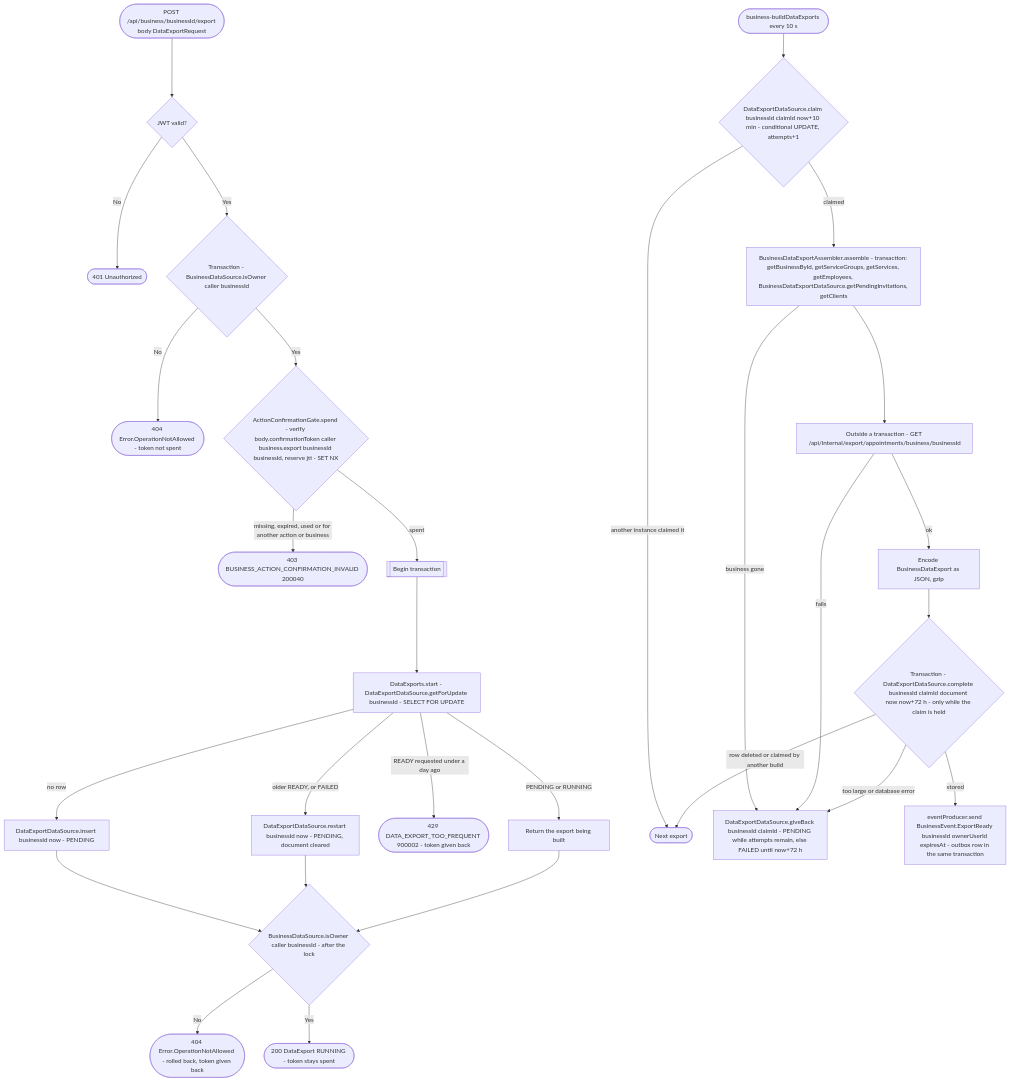
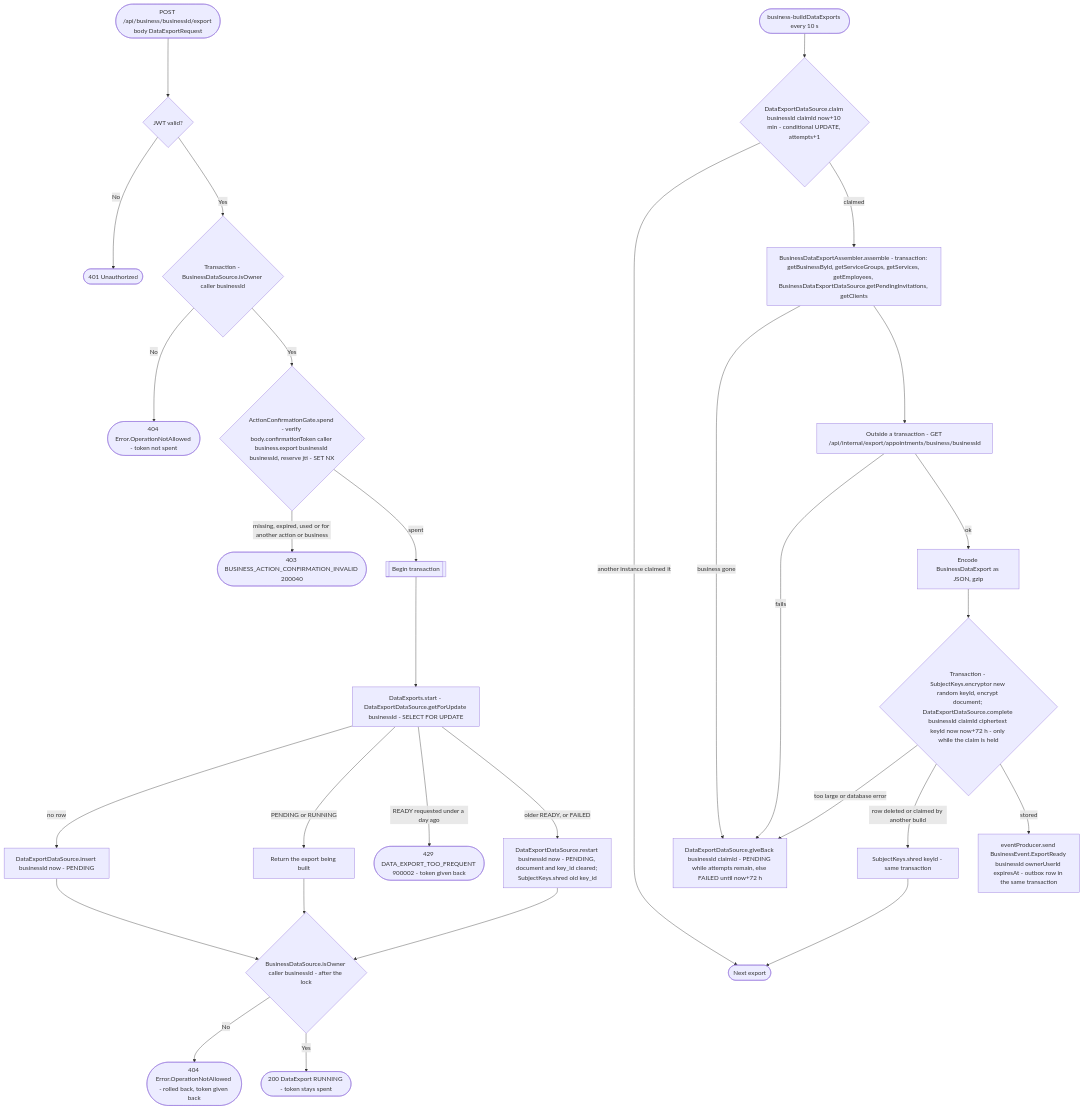
The diagram in docs/operations/business/start-business-data-export.md (nocturneproperties/bookkme), drawn with Mermaid before and after one commit. The commit also changed 72 other files, not shown here.

````diff
--- a/docs/operations/business/start-business-data-export.md
+++ b/docs/operations/business/start-business-data-export.md
@@ -33,33 +33,34 @@
 ```mermaid
 flowchart TD
     Start([POST /api/business/businessId/export body DataExportRequest]) --> Auth{JWT valid?}
     Auth -- No --> R401([401 Unauthorized])
     Auth -- Yes --> Owner{"Transaction - BusinessDataSource.isOwner caller businessId"}
     Owner -- No --> R404([404 Error.OperationNotAllowed - token not spent])
     Owner -- Yes --> ActionConfirmation{"ActionConfirmationGate.spend - verify body.confirmationToken caller business.export businessId businessId, reserve jti - SET NX"}
     ActionConfirmation -- missing, expired, used or for another action or business --> R403([403 BUSINESS_ACTION_CONFIRMATION_INVALID 200040])
     ActionConfirmation -- spent --> Tx[[Begin transaction]]
     Tx --> Lock["DataExports.start - DataExportDataSource.getForUpdate businessId - SELECT FOR UPDATE"]
     Lock -- no row --> Insert[DataExportDataSource.insert businessId now - PENDING]
     Lock -- PENDING or RUNNING --> Same[Return the export being built]
     Lock -- READY requested under a day ago --> R429([429 DATA_EXPORT_TOO_FREQUENT 900002 - token given back])
-    Lock -- older READY, or FAILED --> Restart[DataExportDataSource.restart businessId now - PENDING, document cleared]
+    Lock -- older READY, or FAILED --> Restart["DataExportDataSource.restart businessId now - PENDING, document and key_id cleared; SubjectKeys.shred old key_id"]
     Insert --> Recheck
     Restart --> Recheck
     Same --> Recheck
     Recheck{"BusinessDataSource.isOwner caller businessId - after the lock"}
     Recheck -- No --> R404b([404 Error.OperationNotAllowed - rolled back, token given back])
     Recheck -- Yes --> R200([200 DataExport RUNNING - token stays spent])
 
     Job([business-buildDataExports every 10 s]) --> Claim{"DataExportDataSource.claim businessId claimId now+10 min - conditional UPDATE, attempts+1"}
     Claim -- another instance claimed it --> Next([Next export])
     Claim -- claimed --> Own["BusinessDataExportAssembler.assemble - transaction: getBusinessById, getServiceGroups, getServices, getEmployees, BusinessDataExportDataSource.getPendingInvitations, getClients"]
     Own -- business gone --> GiveBack
     Own --> Calls["Outside a transaction - GET /api/internal/export/appointments/business/businessId"]
     Calls -- fails --> GiveBack["DataExportDataSource.giveBack businessId claimId - PENDING while attempts remain, else FAILED until now+72 h"]
     Calls -- ok --> Gzip[Encode BusinessDataExport as JSON, gzip]
-    Gzip --> Store{"Transaction - DataExportDataSource.complete businessId claimId document now now+72 h - only while the claim is held"}
+    Gzip --> Store{"Transaction - SubjectKeys.encryptor new random keyId, encrypt document; DataExportDataSource.complete businessId claimId ciphertext keyId now now+72 h - only while the claim is held"}
     Store -- too large or database error --> GiveBack
-    Store -- row deleted or claimed by another build --> Next
+    Store -- row deleted or claimed by another build --> Shred["SubjectKeys.shred keyId - same transaction"]
+    Shred --> Next
     Store -- stored --> Ready["eventProducer.send BusinessEvent.ExportReady businessId ownerUserId expiresAt - outbox row in the same transaction"]
 ```
````
